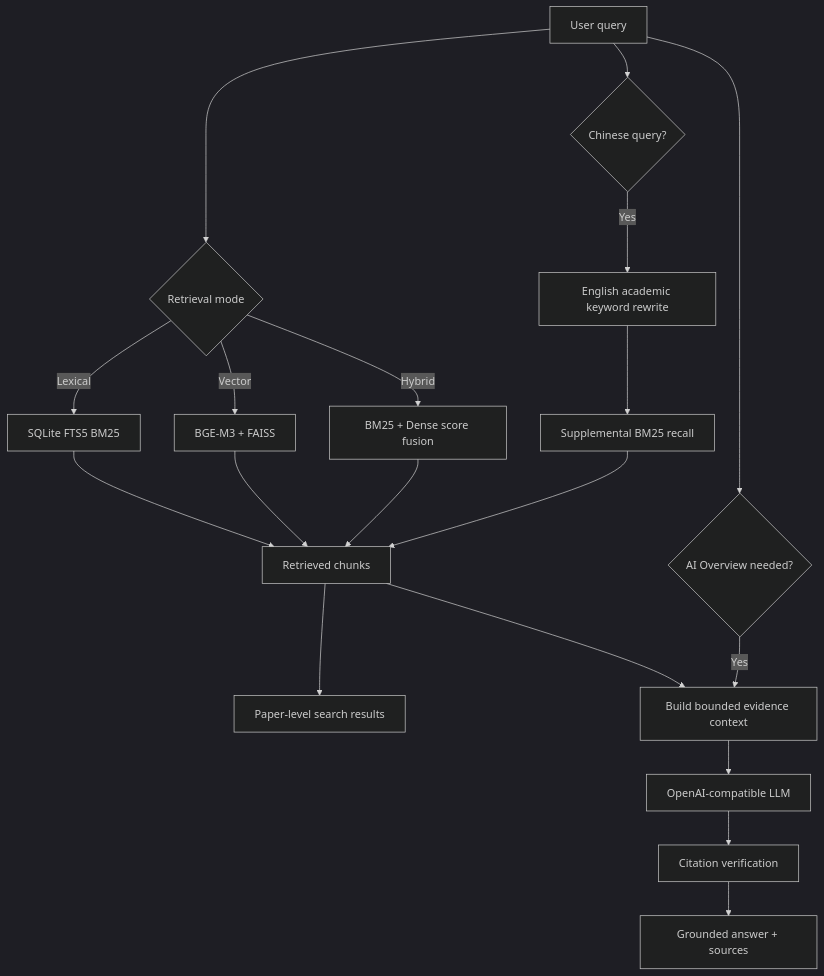
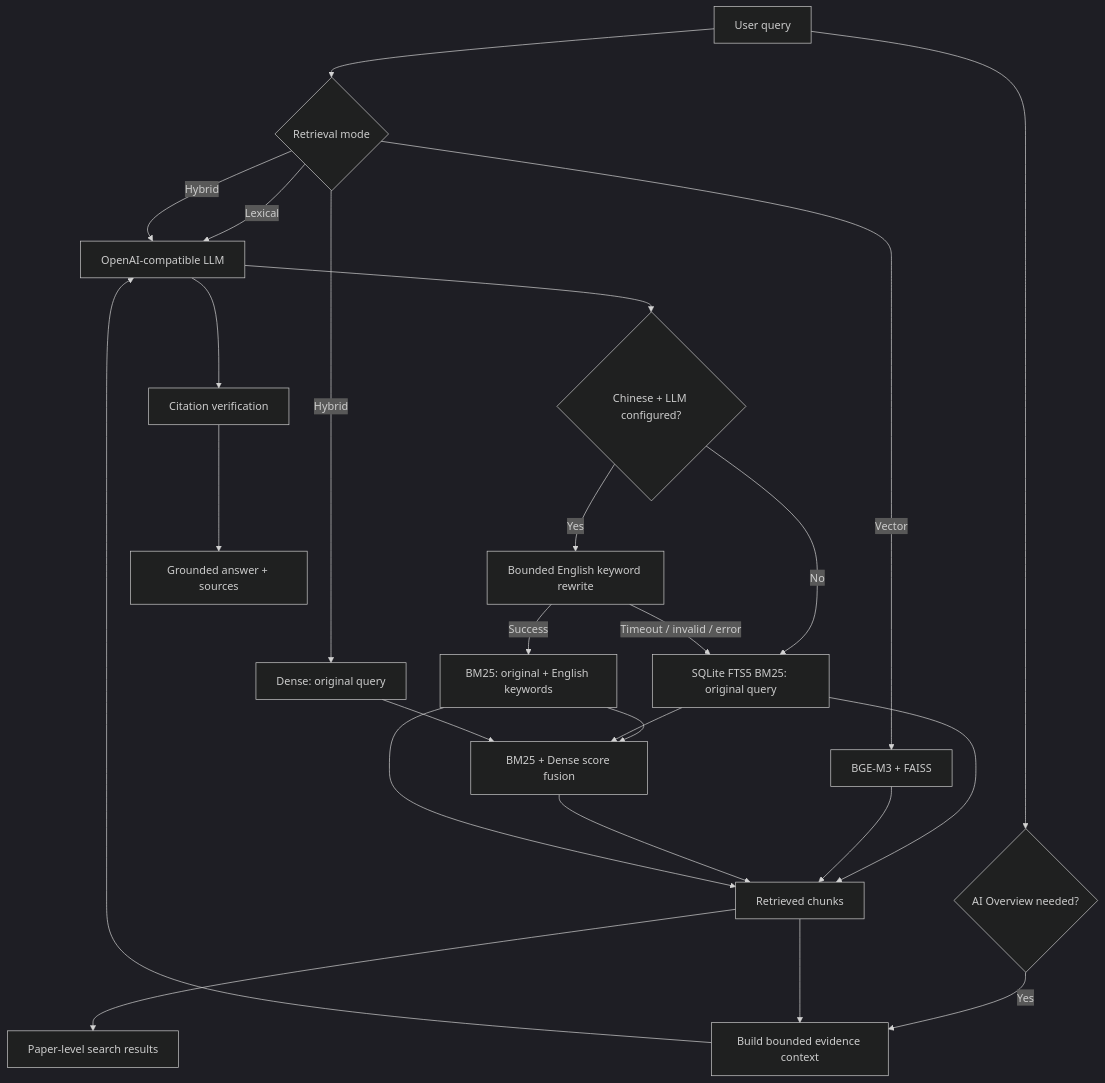
One commit to Akari6657/Ragsearch changed the diagram in README.md. Above: the diagram before and after it, drawn with Mermaid (dark theme). The commit also changed other lines of this file and 15 other files, not shown here.

Commit message:
integrate bounded Chinese query rewriting

````diff
--- a/README.md
+++ b/README.md
@@ -74,24 +74,30 @@
 ```mermaid
 flowchart TD
     Q[User query] --> M{Retrieval mode}
-    M -->|Lexical| B[SQLite FTS5 BM25]
+    M -->|Lexical| L[Prepare lexical query]
     M -->|Vector| D[BGE-M3 + FAISS]
-    M -->|Hybrid| H[BM25 + Dense score fusion]
+    M -->|Hybrid| L
+    M -->|Hybrid| Y[Dense: original query]
 
-    Q --> Z{Chinese query?}
-    Z -->|Yes| W[English academic keyword rewrite]
-    W --> X[Supplemental BM25 recall]
+    L --> Z{Chinese + LLM configured?}
+    Z -->|No| B[SQLite FTS5 BM25: original query]
+    Z -->|Yes| W[Bounded English keyword rewrite]
+    W -->|Success| X[BM25: original + English keywords]
+    W -->|Timeout / invalid / error| B
+    X --> H[BM25 + Dense score fusion]
+    B --> H
+    Y --> H
 
     B --> C[Retrieved chunks]
     D --> C
     H --> C
     X --> C
     C --> P[Paper-level search results]
 
     Q --> R{AI Overview needed?}
     R -->|Yes| E[Build bounded evidence context]
     C --> E
     E --> L[OpenAI-compatible LLM]
     L --> V[Citation verification]
     V --> A[Grounded answer + sources]
 ```
````
